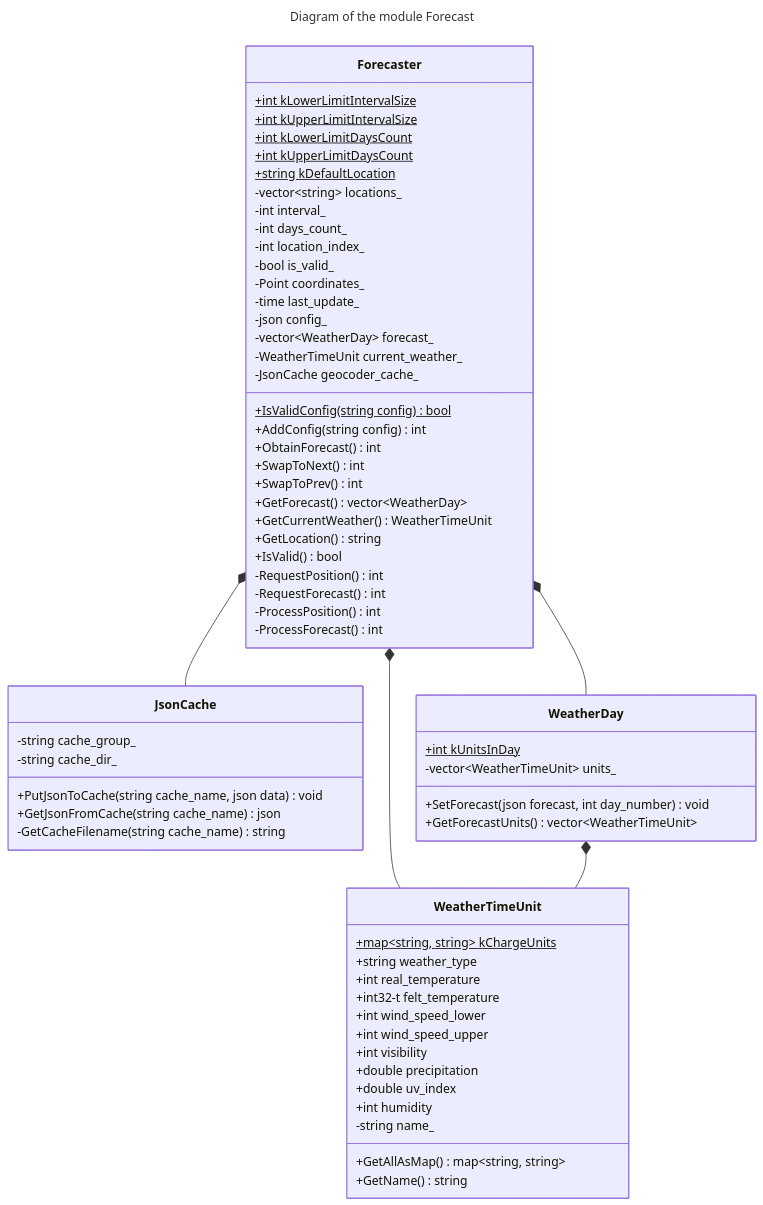
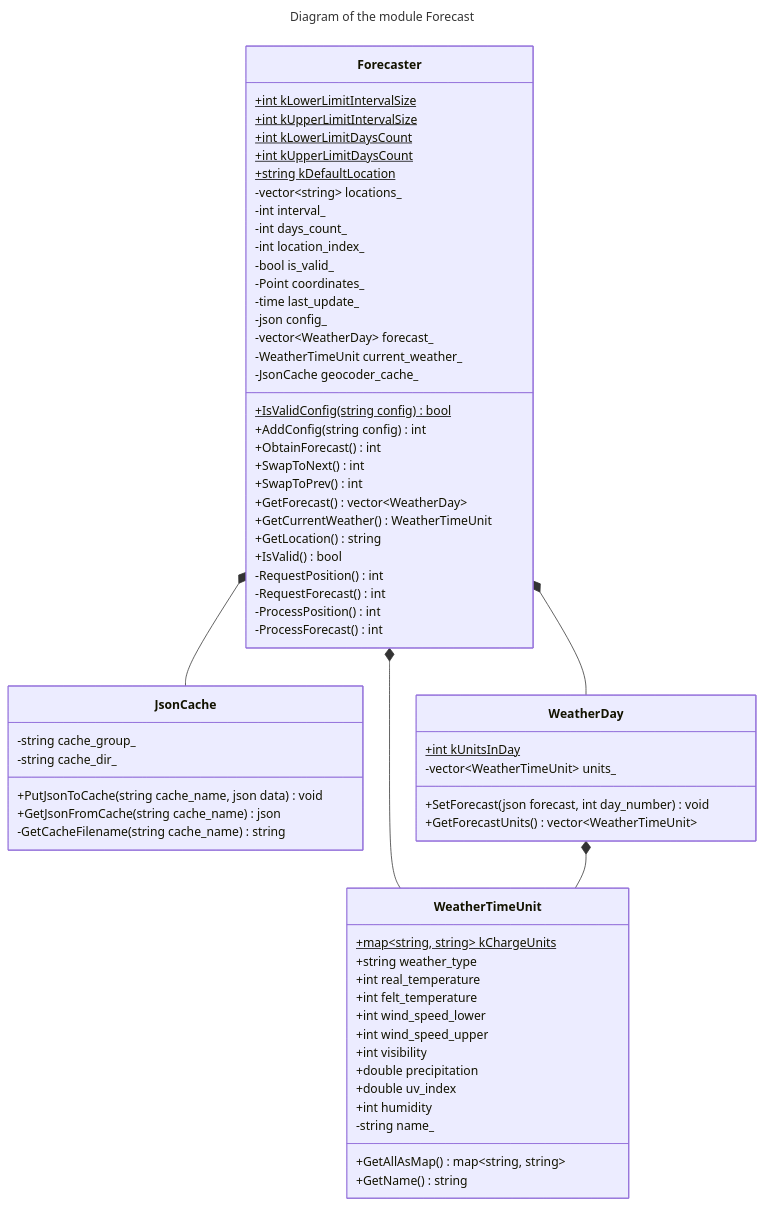
One commit to bialger/weather-forecast changed the third of 4 diagrams in docs/dev/architecture.md. Above: the diagram before and after it, drawn with Mermaid. The commit also changed 2 other files, not shown here.

Commit message:
Implemented WeatherTimeUnit

````diff
--- a/docs/dev/architecture.md
+++ b/docs/dev/architecture.md
@@ -102,76 +102,76 @@
 ```mermaid
 ---
 title: Diagram of the module Forecast
 ---
 %%{
   init: {
     'theme': 'base',
     'classDiagram': { 'curve': 'linear' },
   }
 }%%
 classDiagram
   direction TB
   class Forecaster {
     +int kLowerLimitIntervalSize$
     +int kUpperLimitIntervalSize$
     +int kLowerLimitDaysCount$
     +int kUpperLimitDaysCount$
     +string kDefaultLocation$
     -vector~string~ locations_
     -int interval_
     -int days_count_
     -int location_index_
     -bool is_valid_
     -Point coordinates_
     -time last_update_
     -json config_
     -vector~WeatherDay~ forecast_
     -WeatherTimeUnit current_weather_
     -JsonCache geocoder_cache_
     +IsValidConfig(string config)$ bool
     +AddConfig(string config) int
     +ObtainForecast() int
     +SwapToNext() int
     +SwapToPrev() int
     +GetForecast() vector~WeatherDay~
     +GetCurrentWeather() WeatherTimeUnit
     +GetLocation() string
     +IsValid() bool
     -RequestPosition() int
     -RequestForecast() int
     -ProcessPosition() int
     -ProcessForecast() int
   }
   class JsonCache {
     -string cache_group_
     -string cache_dir_
     +PutJsonToCache(string cache_name, json data) void
     +GetJsonFromCache(string cache_name) json
     -GetCacheFilename(string cache_name) string
   }
   class WeatherDay {
     +int kUnitsInDay$
     -vector~WeatherTimeUnit~ units_
     +SetForecast(json forecast, int day_number) void
     +GetForecastUnits() vector~WeatherTimeUnit~
   }
   class WeatherTimeUnit {
     +map~string, string~ kChargeUnits$
     +string weather_type
     +int real_temperature
-    +int32-t felt_temperature
+    +int felt_temperature
     +int wind_speed_lower
     +int wind_speed_upper
     +int visibility
     +double precipitation
     +double uv_index
     +int humidity
     -string name_
     +GetAllAsMap() map~string, string~
     +GetName() string
   }
   Forecaster *-- WeatherDay
   Forecaster *-- WeatherTimeUnit
   Forecaster *-- JsonCache
   WeatherDay *-- WeatherTimeUnit
 ```
````
